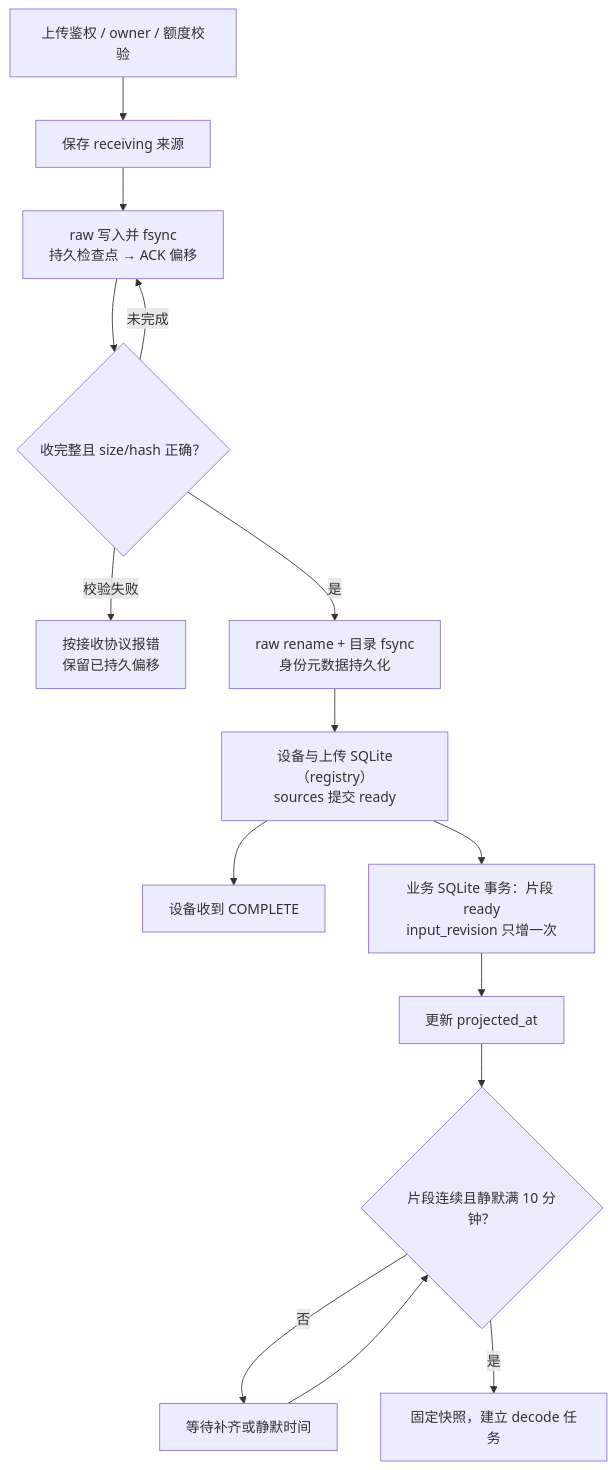
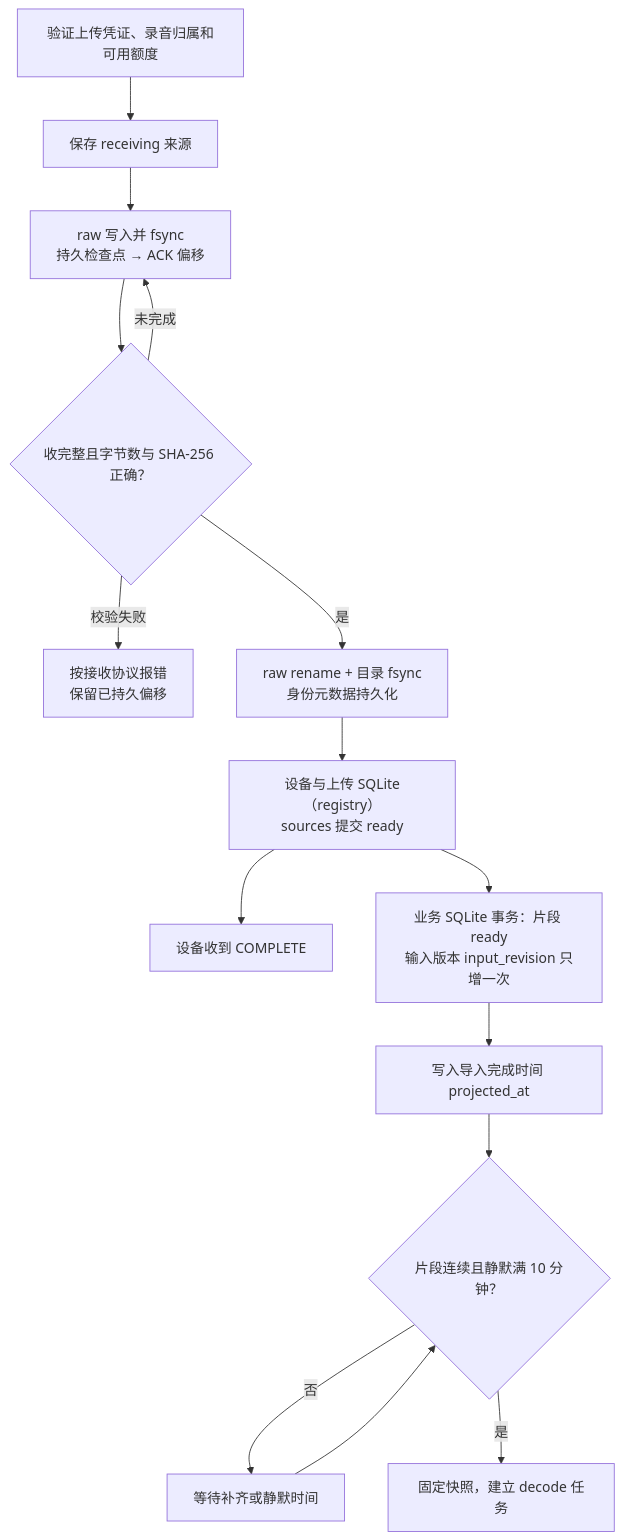
One commit to boboliu-1010/speaker changed the first of 3 diagrams in docs/audio-processing.md. Above: the diagram before and after it, drawn with Mermaid. The commit also changed other lines of this file and 5 other files, not shown here.

Commit message:
docs: explain diagram modules fields and publication boundaries

````diff
--- a/docs/audio-processing.md
+++ b/docs/audio-processing.md
@@ -22,17 +22,17 @@
 ```mermaid
 flowchart TD
-    A["上传鉴权 / owner / 额度校验"] --> B["保存 receiving 来源"]
+    A["验证上传凭证、录音归属和可用额度"] --> B["保存 receiving 来源"]
     B --> C["raw 写入并 fsync<br/>持久检查点 → ACK 偏移"]
-    C --> D{"收完整且 size/hash 正确？"}
+    C --> D{"收完整且字节数与 SHA-256 正确？"}
     D -->|未完成| C
     D -->|校验失败| X["按接收协议报错<br/>保留已持久偏移"]
     D -->|是| E["raw rename + 目录 fsync<br/>身份元数据持久化"]
     E --> F["设备与上传 SQLite（registry）<br/>sources 提交 ready"]
     F --> G["设备收到 COMPLETE"]
-    F --> H["业务 SQLite 事务：片段 ready<br/>input_revision 只增一次"]
-    H --> I["更新 projected_at"]
+    F --> H["业务 SQLite 事务：片段 ready<br/>输入版本 input_revision 只增一次"]
+    H --> I["写入导入完成时间 projected_at"]
     I --> J{"片段连续且静默满 10 分钟？"}
     J -->|否| K["等待补齐或静默时间"]
     K --> J
     J -->|是| L["固定快照，建立 decode 任务"]
 ```
````
